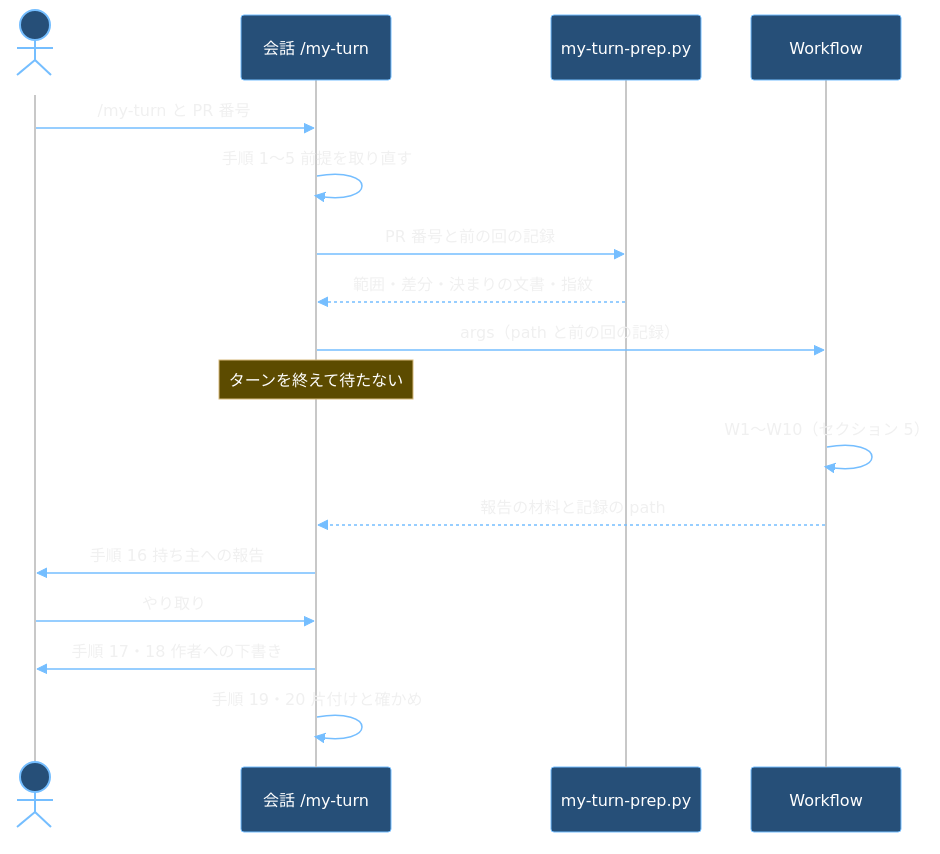
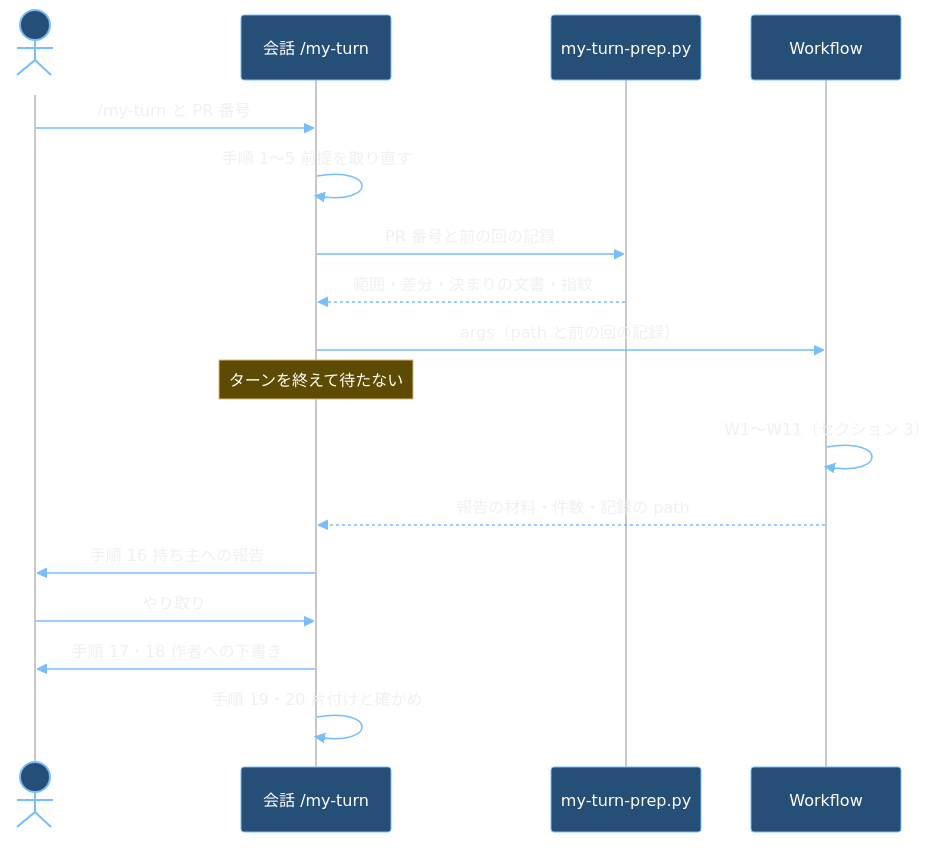
Before and after one commit to raiki61/claude-plugins: the first of 6 diagrams in attention/docs/my-turn-workflow-design.md, drawn with Mermaid. The commit also changed other lines of this file and 10 other files, not shown here.

````diff
--- a/attention/docs/my-turn-workflow-design.md
+++ b/attention/docs/my-turn-workflow-design.md
@@ -26,20 +60,20 @@
 ```mermaid
 %%{init: {"theme":"base","themeVariables":{"darkMode":true,"background":"#1e1e1e","fontSize":"15px","primaryColor":"#264f78","primaryTextColor":"#ffffff","primaryBorderColor":"#75beff","secondaryColor":"#3a3d41","tertiaryColor":"#2d2d30","lineColor":"#75beff","textColor":"#f0f0f0","titleColor":"#ffffff","clusterBkg":"#252526","clusterBorder":"#c8c8c8","edgeLabelBackground":"#3c3c3c","nodeTextColor":"#ffffff","actorBkg":"#264f78","actorBorder":"#75beff","actorTextColor":"#ffffff","actorLineColor":"#c8c8c8","signalColor":"#75beff","signalTextColor":"#f0f0f0","noteBkgColor":"#5c4b00","noteTextColor":"#ffffff","noteBorderColor":"#d7ba7d","labelBoxBkgColor":"#264f78","labelTextColor":"#ffffff","loopTextColor":"#f0f0f0","sequenceNumberColor":"#ffffff"}}}%%
 sequenceDiagram
   actor O as 持ち主
   participant C as 会話 /my-turn
   participant P as my-turn-prep.py
   participant W as Workflow
   O->>C: /my-turn と PR 番号
   C->>C: 手順 1〜5 前提を取り直す
   C->>P: PR 番号と前の回の記録
   P-->>C: 範囲・差分・決まりの文書・指紋
   C->>W: args（path と前の回の記録）
   Note over C: ターンを終えて待たない
-  W->>W: W1〜W10（セクション 5）
-  W-->>C: 報告の材料と記録の path
+  W->>W: W1〜W11（セクション 3）
+  W-->>C: 報告の材料・件数・記録の path
   C->>O: 手順 16 持ち主への報告
   O->>C: やり取り
   C->>O: 手順 17・18 作者への下書き
   C->>C: 手順 19・20 片付けと確かめ
 ```
````
